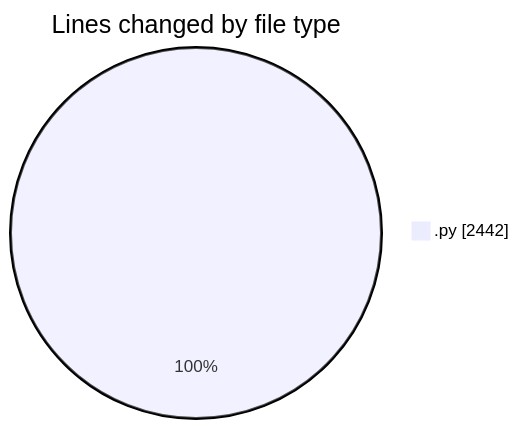
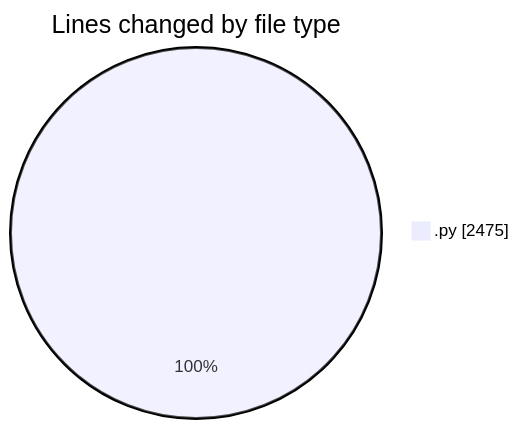
The first of 2 diagrams in 2026-01-11/dsa/README.md (Ritupan-Deka/code-tracking), drawn with Mermaid before and after one commit. The commit also changed other lines of this file and 1 other file, not shown here.

````diff
--- a/2026-01-11/dsa/README.md
+++ b/2026-01-11/dsa/README.md
@@ -21,5 +21,5 @@
 ```mermaid
 pie showData
 title Lines changed by file type
-".py" : 2442
+".py" : 2475
 ```
````
